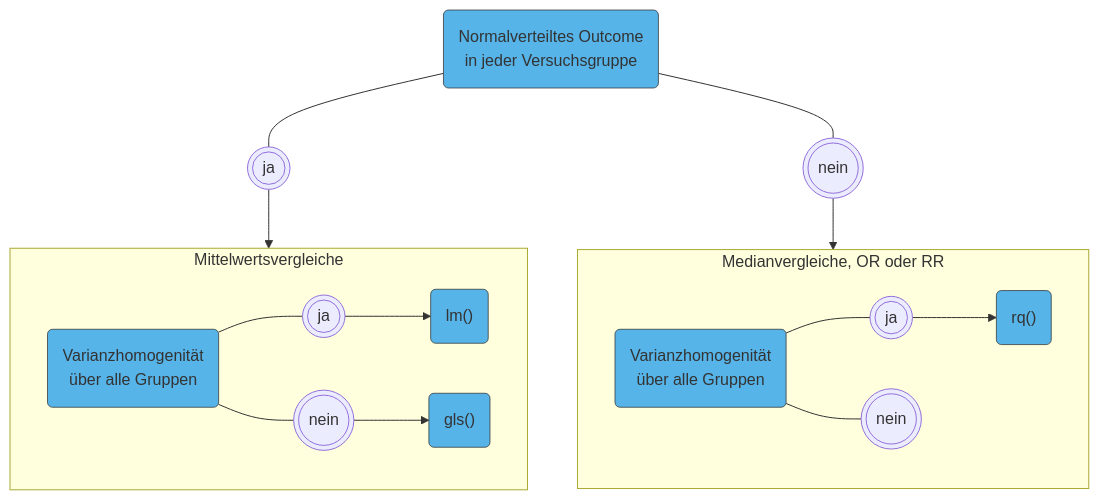
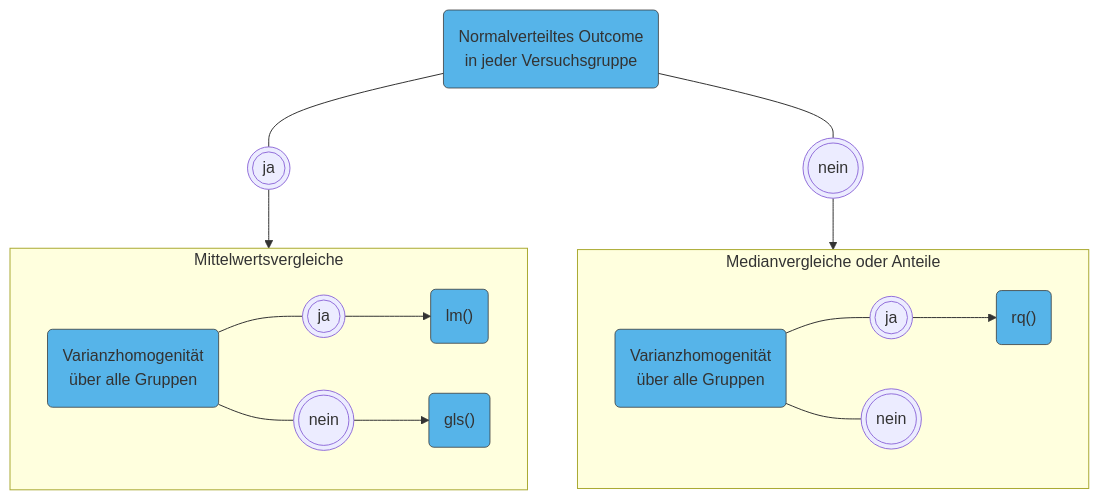
Before and after one commit to jkruppa/jkruppa.github.io: the diagram in stat-tests-pretest2.qmd, drawn with Mermaid. The commit also changed other lines of this file and 5 other files, not shown here.

````diff
--- a/stat-tests-pretest2.qmd
+++ b/stat-tests-pretest2.qmd
@@ -24,23 +24,23 @@
 ```{mermaid}
 %%| label: fig-mermaid-pretest-01
 %%| fig-width: 6
 %%| fig-cap: "Flowchart für die Entscheidung welches statistische Modell gerechnet werden kann: `lm()`, lineare Regression, `gls()`, generalized least squares Regression, `rq()`, Quantilesregression. Die Funktionen finden sich teilweise in eigenen R Paketen. Bei einem nicht-normalverteilten Outcome mit Varianzheterogenität über die Gruppen müssen wir nochmal gemeinsam in die Daten schauen."
 flowchart TD
     A("Normalverteiltes Outcome
        in jeder Versuchsgruppe"):::factor --- B(((ja))) --> B1 
     A("Normalverteiltes Outcome
        in jeder Versuchsgruppe"):::factor --- F(((nein))) --> B2
     subgraph B1["Mittelwertsvergleiche"]
     C("Varianzhomogenität
        über alle Gruppen"):::factor --- D((("ja"))) --> E("lm()"):::factor
     C("Varianzhomogenität
        über alle Gruppen"):::factor --- J(((nein))) --> K("gls()"):::factor 
     end
-    subgraph B2["Medianvergleiche, OR oder RR"]
+    subgraph B2["Medianvergleiche oder Anteile"]
     G("Varianzhomogenität
        über alle Gruppen"):::factor --- H(((ja))) --> I("rq()"):::factor  
     G("Varianzhomogenität
        über alle Gruppen"):::factor --- L(((nein))) 
     end
     classDef factor fill:#56B4E9,stroke:#333,stroke-width:0.75px
 ```
````
